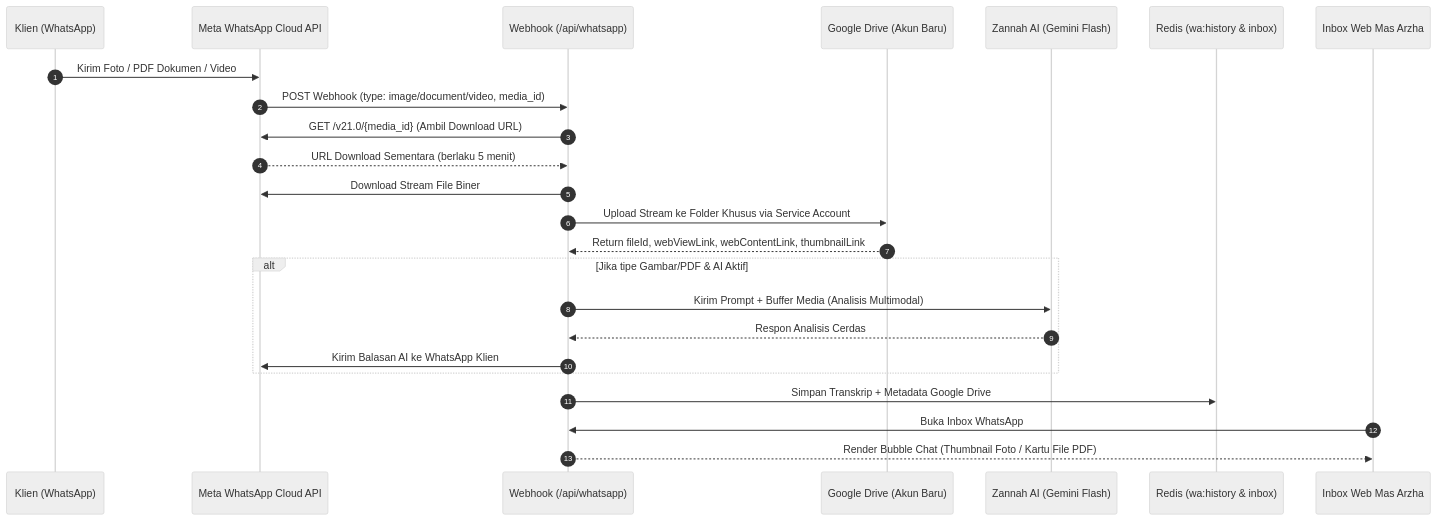
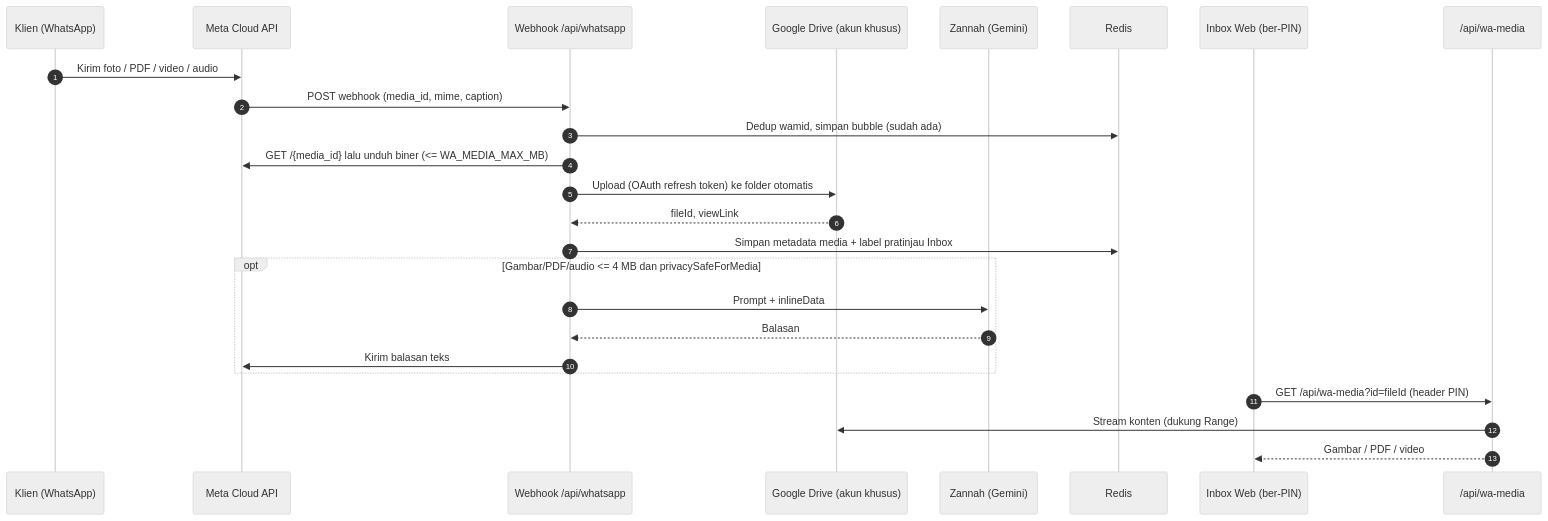
Before and after one commit to jarzha-dotcom/personal-portfolio: the diagram in plan.md, drawn with Mermaid (neutral theme). The commit also changed other lines of this file and 21 other files, not shown here.

Commit message:
add WhatsApp integration, Google Drive media storage, and inbox UI

````diff
--- a/plan.md
+++ b/plan.md
@@ -25,29 +55,28 @@
 ```mermaid
 sequenceDiagram
     autonumber
     participant Klien as Klien (WhatsApp)
-    participant Meta as Meta WhatsApp Cloud API
-    participant Vercel as Webhook (/api/whatsapp)
-    participant Drive as Google Drive (Akun Baru)
-    participant Gemini as Zannah AI (Gemini Flash)
-    participant Redis as Redis (wa:history & inbox)
-    participant Admin as Inbox Web Mas Arzha
+    participant Meta as Meta Cloud API
+    participant Hook as Webhook /api/whatsapp
+    participant Drive as Google Drive (akun khusus)
+    participant Gemini as Zannah (Gemini)
+    participant Redis as Redis
+    participant Admin as Inbox Web (ber-PIN)
+    participant Proxy as /api/wa-media
 
-    Klien->>Meta: Kirim Foto / PDF Dokumen / Video
-    Meta->>Vercel: POST Webhook (type: image/document/video, media_id)
-    Vercel->>Meta: GET /v21.0/{media_id} (Ambil Download URL)
-    Meta-->>Vercel: URL Download Sementara (berlaku 5 menit)
-    Vercel->>Meta: Download Stream File Biner
-    Vercel->>Drive: Upload Stream ke Folder Khusus via Service Account
-    Drive-->>Vercel: Return fileId, webViewLink, webContentLink, thumbnailLink
-    
-    alt Jika tipe Gambar/PDF & AI Aktif
-        Vercel->>Gemini: Kirim Prompt + Buffer Media (Analisis Multimodal)
-        Gemini-->>Vercel: Respon Analisis Cerdas
-        Vercel->>Meta: Kirim Balasan AI ke WhatsApp Klien
+    Klien->>Meta: Kirim foto / PDF / video / audio
+    Meta->>Hook: POST webhook (media_id, mime, caption)
+    Hook->>Redis: Dedup wamid, simpan bubble (sudah ada)
+    Hook->>Meta: GET /{media_id} lalu unduh biner (<= WA_MEDIA_MAX_MB)
+    Hook->>Drive: Upload (OAuth refresh token) ke folder otomatis
+    Drive-->>Hook: fileId, viewLink
+    Hook->>Redis: Simpan metadata media + label pratinjau Inbox
+    opt Gambar/PDF/audio <= 4 MB dan privacySafeForMedia
+        Hook->>Gemini: Prompt + inlineData
+        Gemini-->>Hook: Balasan
+        Hook->>Meta: Kirim balasan teks
     end
-
-    Vercel->>Redis: Simpan Transkrip + Metadata Google Drive
-    Admin->>Vercel: Buka Inbox WhatsApp
-    Vercel-->>Admin: Render Bubble Chat (Thumbnail Foto / Kartu File PDF)
+    Admin->>Proxy: GET /api/wa-media?id=fileId (header PIN)
+    Proxy->>Drive: Stream konten (dukung Range)
+    Proxy-->>Admin: Gambar / PDF / video
 ```
````
